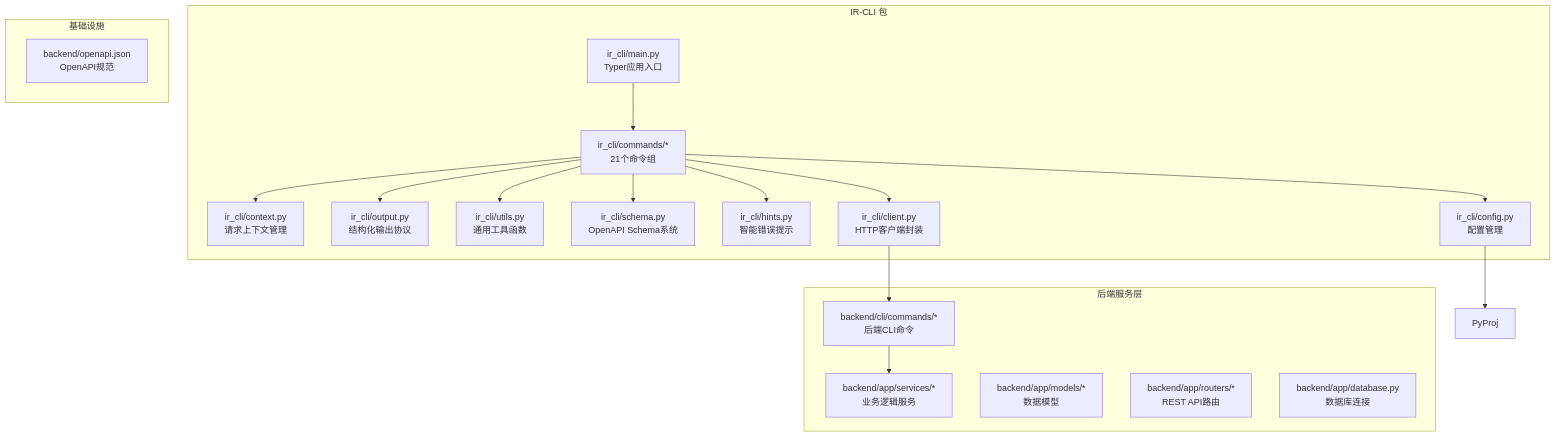
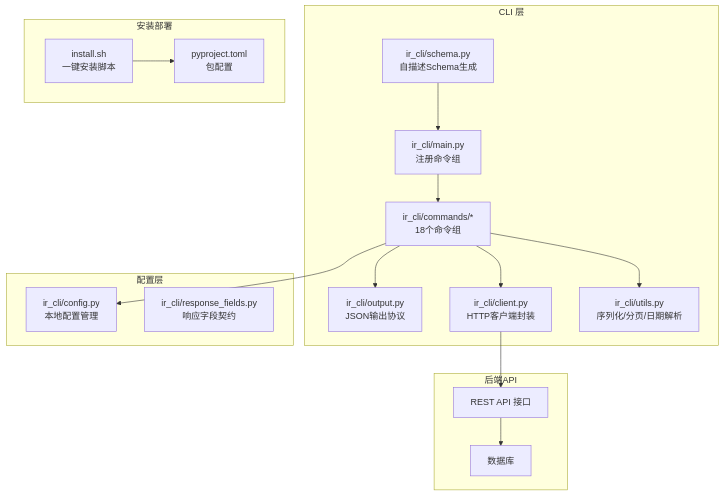
One commit to gujialind/InvestRing changed the first of 5 diagrams in .qoder/repowiki/zh/content/开发指南/InvestRing Admin CLI 工具.md. Above: the diagram before and after it, drawn with Mermaid. The commit also changed other lines of this file and 65 other files, not shown here.

````diff
--- a/.qoder/repowiki/zh/content/开发指南/InvestRing Admin CLI 工具.md
+++ b/.qoder/repowiki/zh/content/开发指南/InvestRing Admin CLI 工具.md
@@ -64,35 +47,32 @@
 ```mermaid
 graph TB
-subgraph "IR-CLI 包"
-M["ir_cli/main.py<br/>Typer应用入口"]
-Ctx["ir_cli/context.py<br/>请求上下文管理"]
-Out["ir_cli/output.py<br/>结构化输出协议"]
-Utl["ir_cli/utils.py<br/>通用工具函数"]
-Sch["ir_cli/schema.py<br/>OpenAPI Schema系统"]
-Hnt["ir_cli/hints.py<br/>智能错误提示"]
-Cfg["ir_cli/config.py<br/>配置管理"]
-Cli["ir_cli/client.py<br/>HTTP客户端封装"]
-Cmds["ir_cli/commands/*<br/>21个命令组"]
+subgraph "CLI 层"
+M["ir_cli/main.py<br/>注册命令组"]
+S["ir_cli/schema.py<br/>自描述Schema生成"]
+O["ir_cli/output.py<br/>JSON输出协议"]
+C["ir_cli/client.py<br/>HTTP客户端封装"]
+U["ir_cli/utils.py<br/>序列化/分页/日期解析"]
+Cmds["ir_cli/commands/*<br/>18个命令组"]
 end
-subgraph "后端服务层"
-Svc["backend/app/services/*<br/>业务逻辑服务"]
-Mod["backend/app/models/*<br/>数据模型"]
-Rou["backend/app/routers/*<br/>REST API路由"]
-DB["backend/app/database.py<br/>数据库连接"]
-BackendCLI["backend/cli/commands/*<br/>后端CLI命令"]
+subgraph "配置层"
+CFG["ir_cli/config.py<br/>本地配置管理"]
+RF["ir_cli/response_fields.py<br/>响应字段契约"]
 end
-subgraph "基础设施"
-API["backend/openapi.json<br/>OpenAPI规范"]
+subgraph "安装部署"
+INST["install.sh<br/>一键安装脚本"]
+PYPROJ["pyproject.toml<br/>包配置"]
+end
+subgraph "后端API"
+API["REST API 接口"]
+DB["数据库"]
 end
 M --> Cmds
-Cmds --> Ctx
-Cmds --> Out
-Cmds --> Utl
-Cmds --> Sch
-Cmds --> Hnt
-Cmds --> Cfg
-Cmds --> Cli
-Cli --> BackendCLI
-BackendCLI --> Svc
-Cfg --> PyProj
+Cmds --> C
+Cmds --> O
+Cmds --> U
+Cmds --> CFG
+S --> M
+C --> API
+API --> DB
+INST --> PYPROJ
 ```
````
